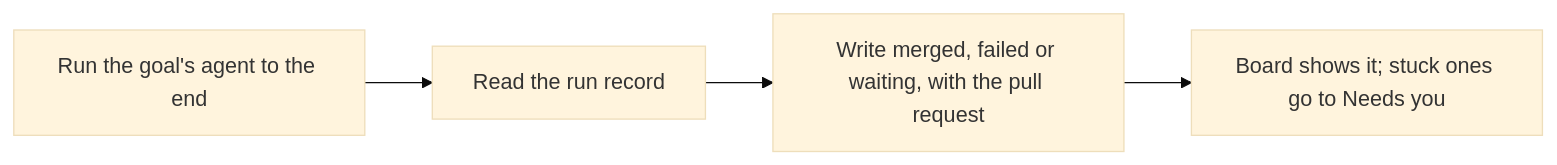
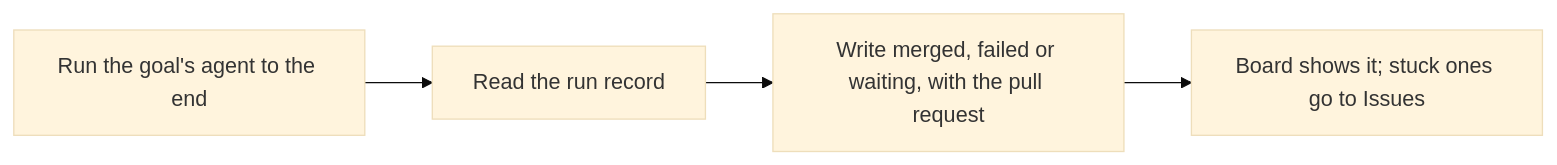
One commit to jcl2018/agent-workflow-template changed diagram 16 of 17 in skills/workflow-monitoring/references/commands.md. Above: the diagram before and after it, drawn with Mermaid (base theme). The commit also changed other lines of this file and 31 other files, not shown here.

````diff
--- a/skills/workflow-monitoring/references/commands.md
+++ b/skills/workflow-monitoring/references/commands.md
@@ -373,10 +365,10 @@
 ```mermaid
 flowchart LR
   a["Run the goal's agent to the end"]
   b["Read the run record"]
   c["Write merged, failed or waiting, with the pull request"]
-  d["Board shows it; stuck ones go to Needs you"]
+  d["Board shows it; stuck ones go to Issues"]
   a --> b
   b --> c
   c --> d
 ```
````
